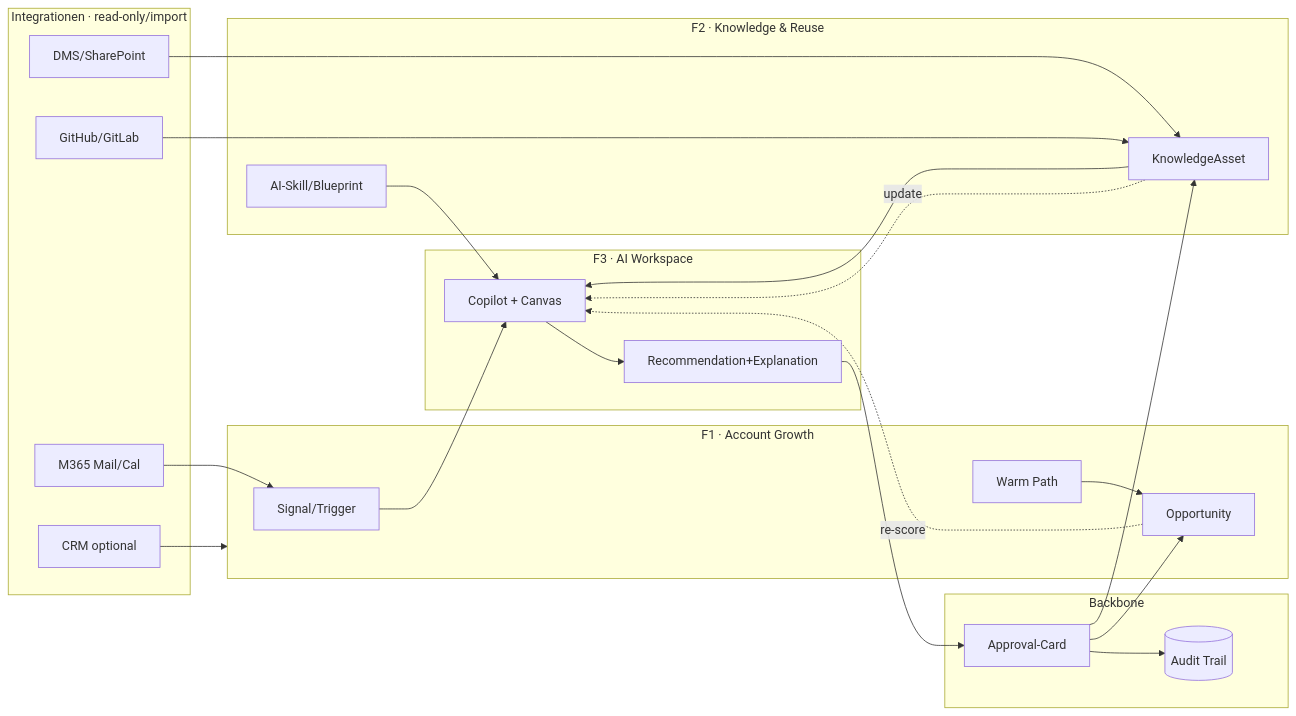
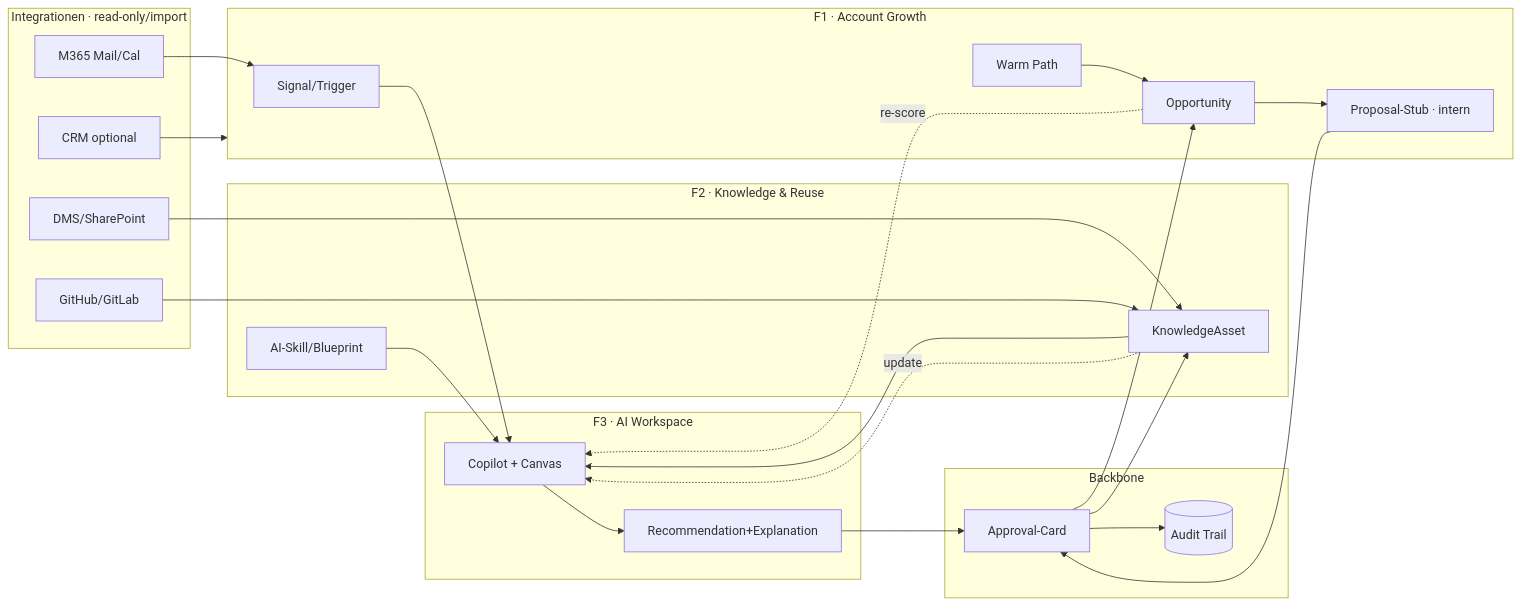
Before and after one commit to H-W-Digital-Solutions-UG/consultry: the diagram in product-definition/Consultry-Phase-1-MVP-Specs-and-Flow-Canvas-v1.0.md, drawn with Mermaid. The commit also changed other lines of this file, not shown here.

First line of the commit message:
Phase 1: add Proposal-Stub to scope, confirm read-only integrations

````diff
--- a/product-definition/Consultry-Phase-1-MVP-Specs-and-Flow-Canvas-v1.0.md
+++ b/product-definition/Consultry-Phase-1-MVP-Specs-and-Flow-Canvas-v1.0.md
@@ -378,47 +412,50 @@
 ```mermaid
 flowchart LR
   subgraph EXT[Integrationen · read-only/import]
     MAIL[M365 Mail/Cal]
     DMS[DMS/SharePoint]
     GIT[GitHub/GitLab]
     CRM[CRM optional]
   end
 
   subgraph F1[F1 · Account Growth]
     SIG[Signal/Trigger]
     OPP[Opportunity]
     WP[Warm Path]
+    PROP[Proposal-Stub · intern]
   end
 
   subgraph F2[F2 · Knowledge & Reuse]
     ASSET[KnowledgeAsset]
     SKILL[AI-Skill/Blueprint]
   end
 
   subgraph F3[F3 · AI Workspace]
     COP[Copilot + Canvas]
     REC[Recommendation+Explanation]
   end
 
   subgraph B[Backbone]
     APP[Approval-Card]
     AUD[(Audit Trail)]
   end
 
   MAIL --> SIG
   CRM --> F1
   DMS --> ASSET
   GIT --> ASSET
 
   SIG --> COP
   ASSET --> COP
   SKILL --> COP
   COP --> REC
   REC --> APP
   APP --> OPP
   APP --> ASSET
   WP --> OPP
+  OPP --> PROP
+  PROP --> APP
   APP --> AUD
   OPP -. re-score .-> COP
   ASSET -. update .-> COP
 ```
````
